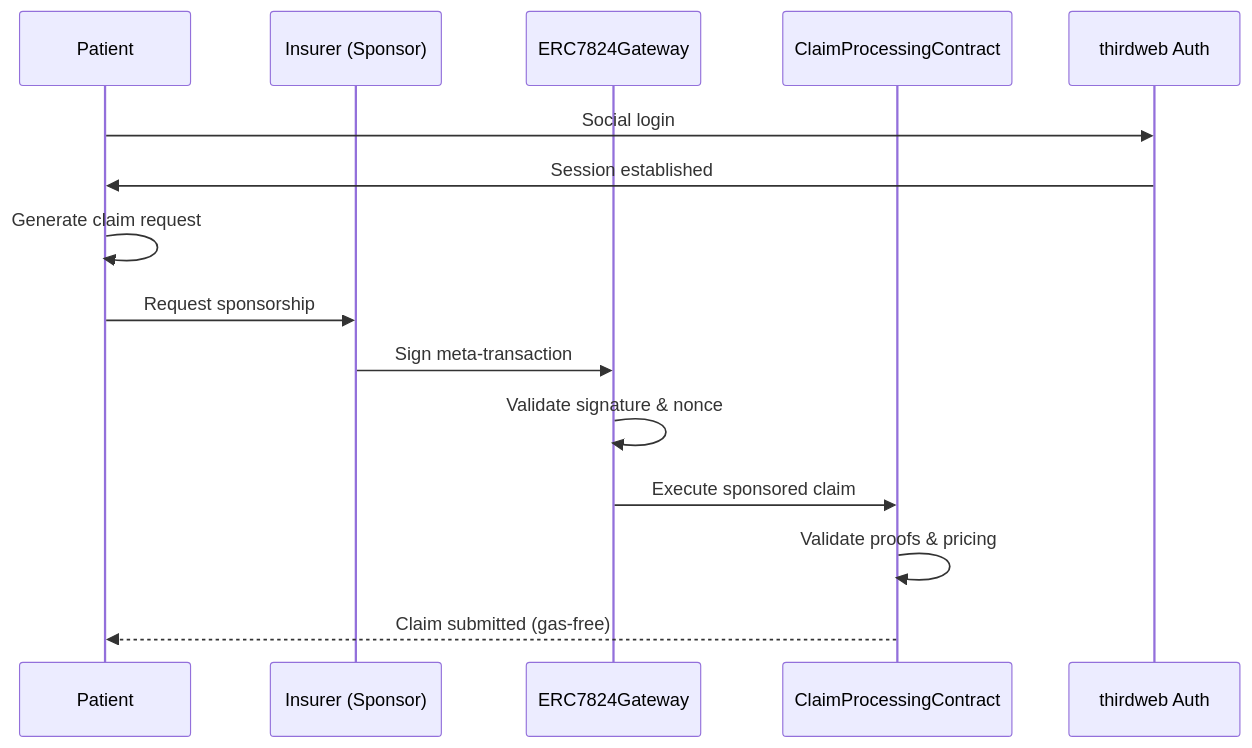
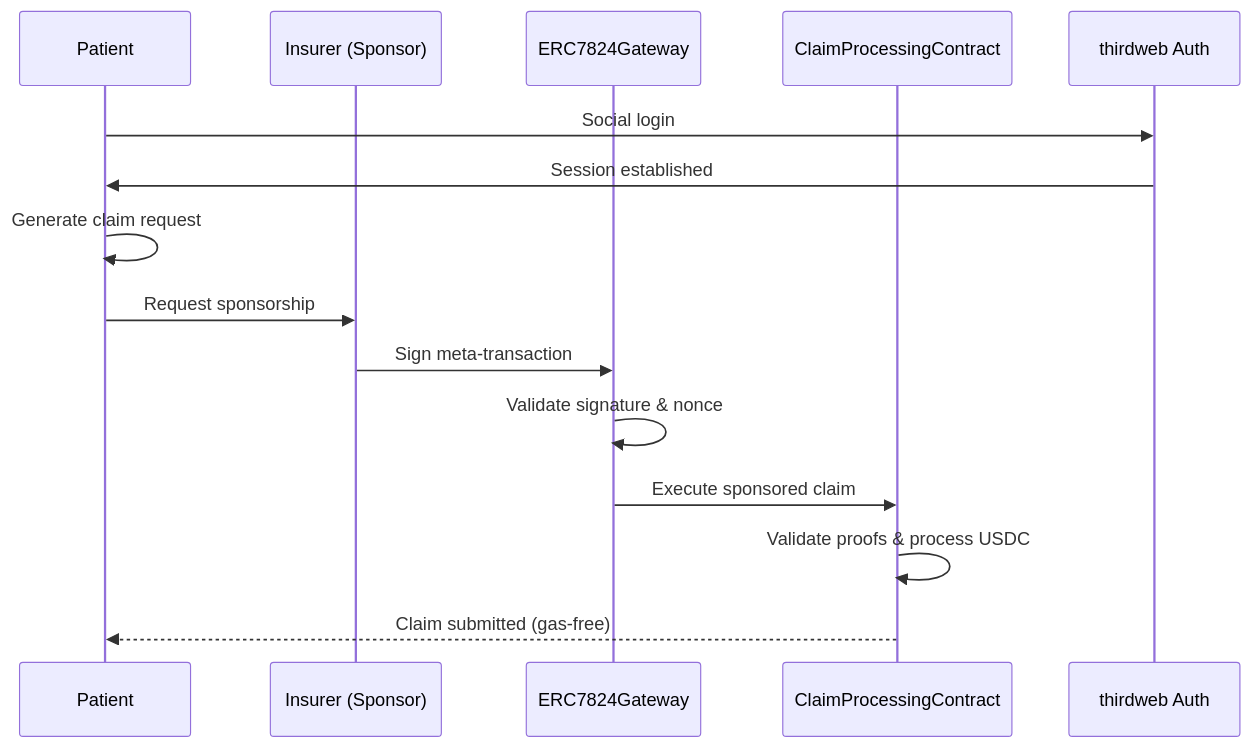
The second of 3 diagrams in memory-bank/systemPatterns.md (ppezzull/zkMed), drawn with Mermaid before and after one commit. The commit also changed other lines of this file and 408 other files, not shown here.

````diff
--- a/memory-bank/systemPatterns.md
+++ b/memory-bank/systemPatterns.md
@@ -140,18 +144,18 @@
 ```mermaid
 sequenceDiagram
     participant P as Patient
     participant I as Insurer (Sponsor)
     participant G as ERC7824Gateway
     participant C as ClaimProcessingContract
     participant T as thirdweb Auth
     
     P->>T: Social login
     T->>P: Session established
     P->>P: Generate claim request
     P->>I: Request sponsorship
     I->>G: Sign meta-transaction
     G->>G: Validate signature & nonce
     G->>C: Execute sponsored claim
-    C->>C: Validate proofs & pricing
+    C->>C: Validate proofs & process USDC
     C-->>P: Claim submitted (gas-free)
 ```
````
